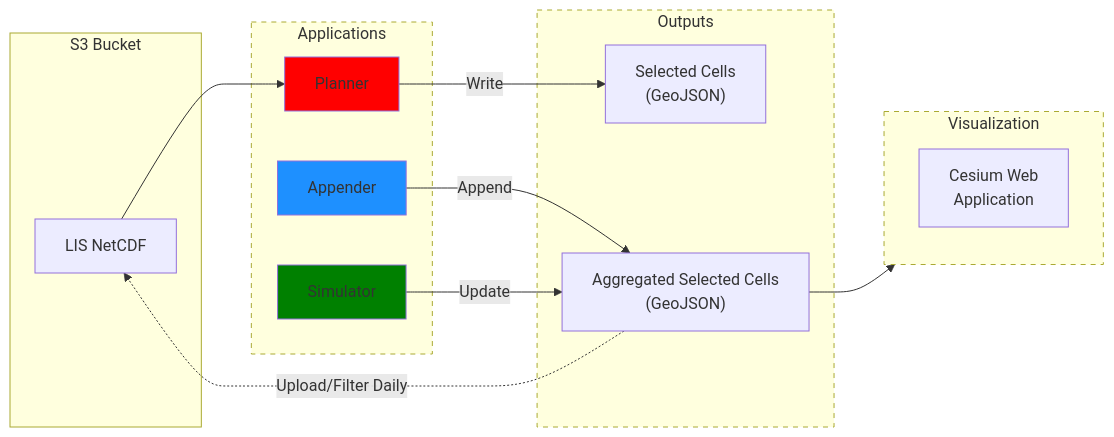
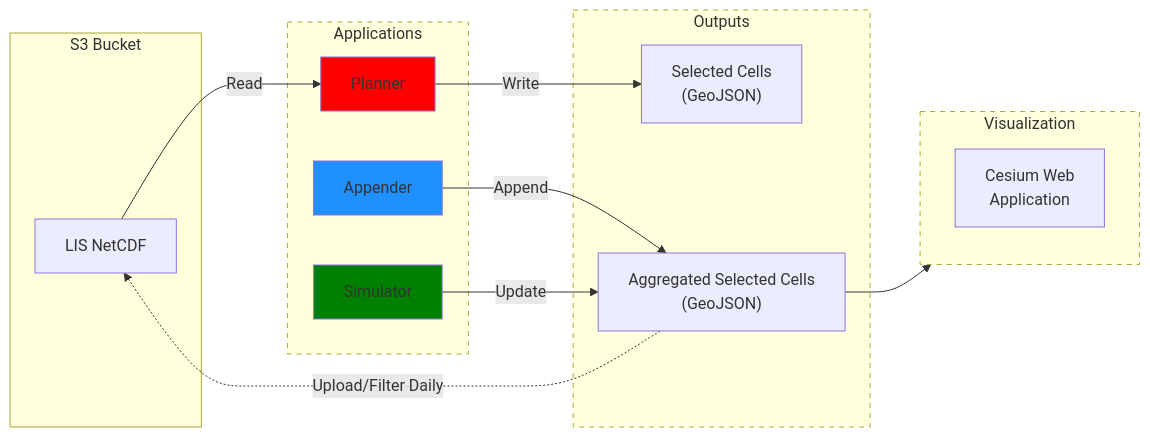
The diagram in README.md (code-lab-org/sos), drawn with Mermaid before and after one commit.

Commit message:
add read

````diff
--- a/README.md
+++ b/README.md
@@ -55,38 +55,38 @@
 ```mermaid
   graph LR
       subgraph cluster0["S3 Bucket"]
           lis["LIS NetCDF"]
       end
 
       subgraph cluster1["Applications"]
           style cluster1 stroke-dasharray: 5 5
           planner["Planner"]
           style planner fill:red
           appender["Appender"]
           style appender fill:dodgerblue
           simulator["Simulator"]
           style simulator fill:green
       end
 
       subgraph cluster2["Outputs"]
           style cluster2 stroke-dasharray: 5 5
           sc_geojson["Selected Cells<br/>(GeoJSON)"]
           ag_geojson["Aggregated Selected Cells<br/>(GeoJSON)"]
       end
 
       subgraph cluster3["Visualization"]
           style cluster3 stroke-dasharray: 5 5
           cesium["Cesium Web<br/>Application"]
       end
 
-      lis --> planner
+      lis -->|Read| planner
       lis ~~~ appender
       lis ~~~ simulator
       planner -->|Write| sc_geojson
       appender -->|Append| ag_geojson
       simulator -->|Update| ag_geojson
 
       sc_geojson~~~cluster3
       ag_geojson --> cluster3
       ag_geojson -.->|Upload/Filter Daily| lis
 ```
````
